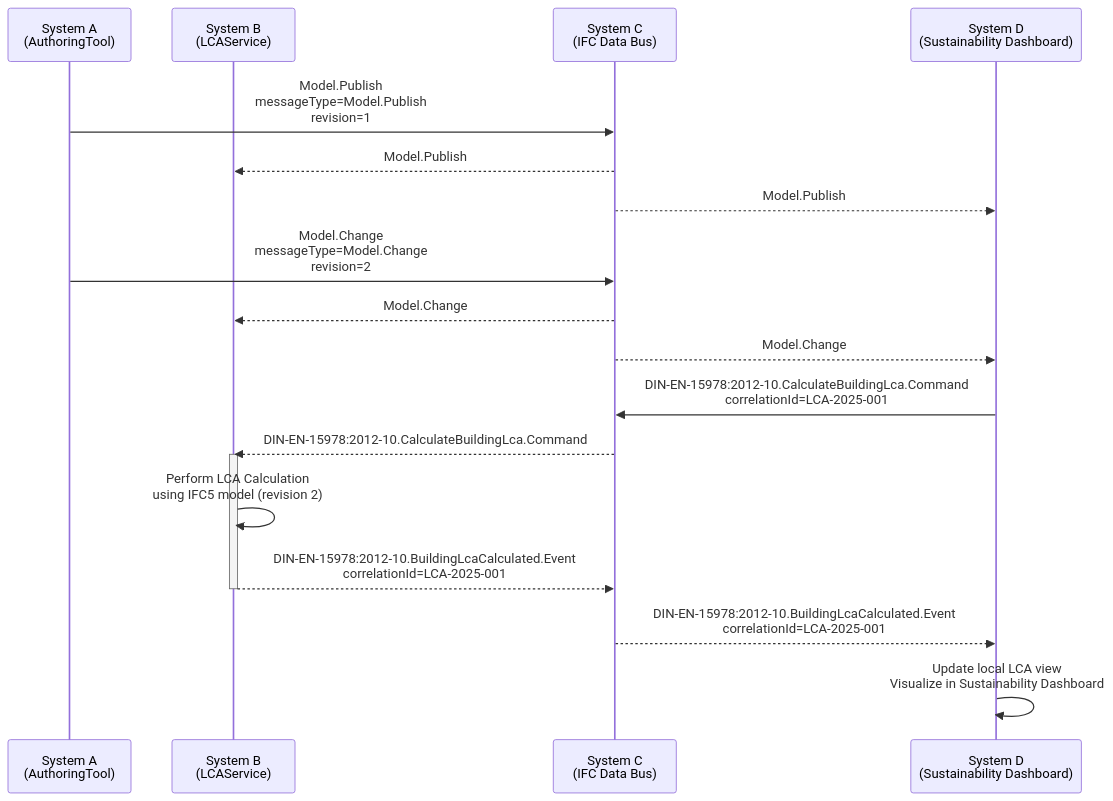
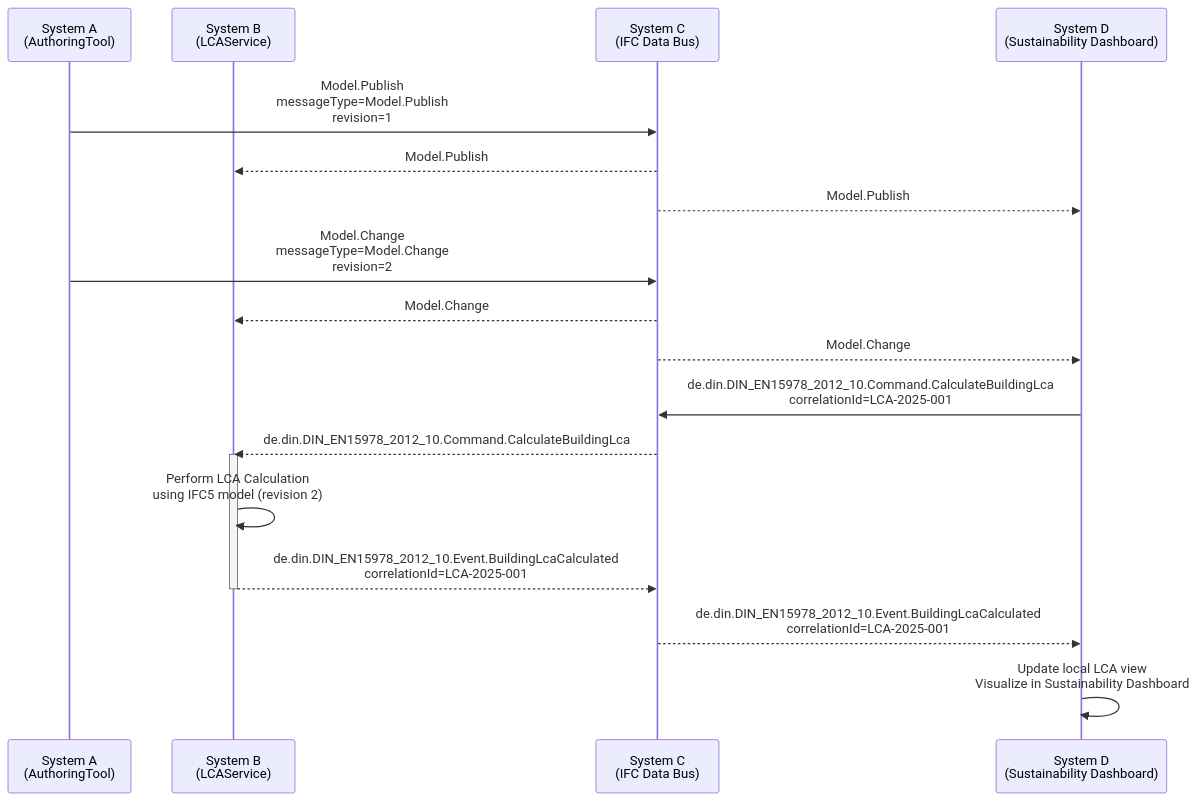
One commit to vyzn-tech/ifc-data-bus changed the diagram in README.md. Above: the diagram before and after it, drawn with Mermaid. The commit also changed other lines of this file and 4 other files, not shown here.

````diff
--- a/README.md
+++ b/README.md
@@ -37,35 +44,34 @@
 ```mermaid
 sequenceDiagram
     participant A as System A<br/>(AuthoringTool)
     participant B as System B<br/>(LCAService)
     participant C as System C<br/>(IFC Data Bus)
     participant D as System D<br/>(Sustainability Dashboard)
 
     %% a) System A publishes initial model (event)
     A->>C: Model.Publish<br/>messageType=Model.Publish<br/>revision=1
     C-->>B: Model.Publish
     C-->>D: Model.Publish
 
     %% b) System A publishes changes (event)
     A->>C: Model.Change<br/>messageType=Model.Change<br/>revision=2
     C-->>B: Model.Change
     C-->>D: Model.Change
 
     %% c) System D sends LCA command (no direct response expected)
-    D->>C: DIN-EN-15978:2012-10.CalculateBuildingLca.Command<br/>correlationId=LCA-2025-001
-    C-->>B: DIN-EN-15978:2012-10.CalculateBuildingLca.Command
+    D->>C: de.din.DIN_EN15978_2012_10.Command.CalculateBuildingLca<br/>correlationId=LCA-2025-001
+    C-->>B: de.din.DIN_EN15978_2012_10.Command.CalculateBuildingLca
 
     %% d) System B performs LCA based on command
     activate B
     B->>B: Perform LCA Calculation<br/>using IFC5 model (revision 2)
     
     %% e) System B publishes result as event (event-carried state)
-    B-->>C: DIN-EN-15978:2012-10.BuildingLcaCalculated.Event<br/>correlationId=LCA-2025-001
+    B-->>C: de.din.DIN_EN15978_2012_10.Event.BuildingLcaCalculated<br/>correlationId=LCA-2025-001
     deactivate B
 
     %% f) System D consumes event and updates its read model
-    C-->>D: DIN-EN-15978:2012-10.BuildingLcaCalculated.Event<br/>correlationId=LCA-2025-001
+    C-->>D: de.din.DIN_EN15978_2012_10.Event.BuildingLcaCalculated<br/>correlationId=LCA-2025-001
     D->>D: Update local LCA view<br/>Visualize in Sustainability Dashboard
 
-
 ```
````
